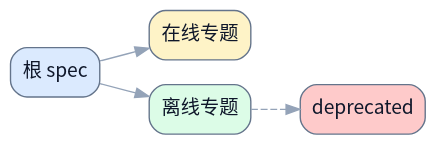
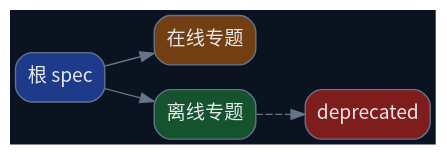
One commit to terencefan/inority-workspace changed the diagram in skills/write-doc/modes/spec/templates/spec-overview-readme-template.md. Above: the diagram before and after it, drawn with Graphviz. The commit also changed 45 other files, not shown here.

````diff
--- a/skills/write-doc/modes/spec/templates/spec-overview-readme-template.md
+++ b/skills/write-doc/modes/spec/templates/spec-overview-readme-template.md
@@ -48,17 +48,17 @@
 ```dot
 digraph ReadingOrder {
   rankdir=LR;
-  graph [bgcolor="transparent", fontname="Noto Sans CJK SC"];
-  node [fontname="Noto Sans CJK SC", shape=box, style="rounded,filled", color="#64748b", fontcolor="#0f172a", fillcolor="#f8fafc"];
-  edge [fontname="Noto Sans CJK SC", color="#94a3b8", fontcolor="#94a3b8"];
+  graph [bgcolor="#0b1220", fontname="Noto Sans CJK SC"];
+  node [fontname="Noto Sans CJK SC", shape=box, style="rounded,filled", color="#64748b", fontcolor="#e5e7eb", fillcolor="#0f172a"];
+  edge [fontname="Noto Sans CJK SC", color="#64748b", fontcolor="#64748b"];
 
-  root [label="根 spec", fillcolor="#dbeafe"];
-  online [label="在线专题", fillcolor="#fef3c7"];
-  offline [label="离线专题", fillcolor="#dcfce7"];
-  deprecated [label="deprecated", fillcolor="#fecaca"];
+  root [label="根 spec", fillcolor="#1e3a8a"];
+  online [label="在线专题", fillcolor="#713f12"];
+  offline [label="离线专题", fillcolor="#14532d"];
+  deprecated [label="deprecated", fillcolor="#7f1d1d"];
 
   root -> online;
   root -> offline;
   offline -> deprecated [style=dashed];
 }
 ```
````
